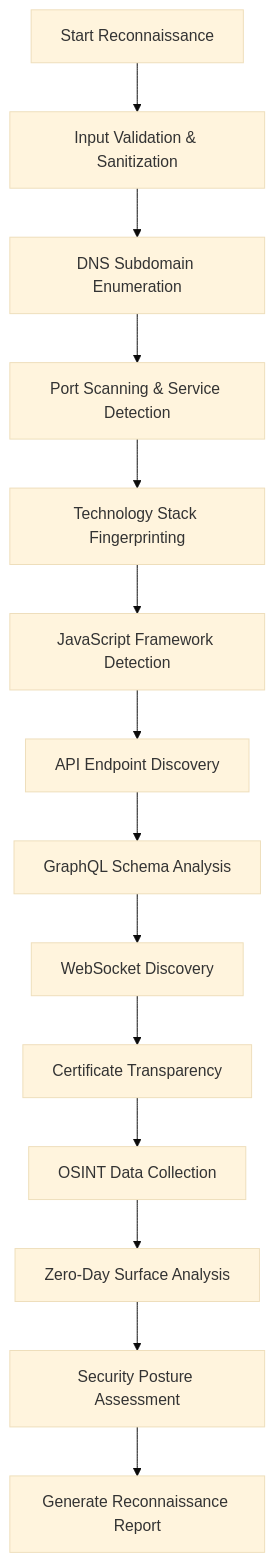
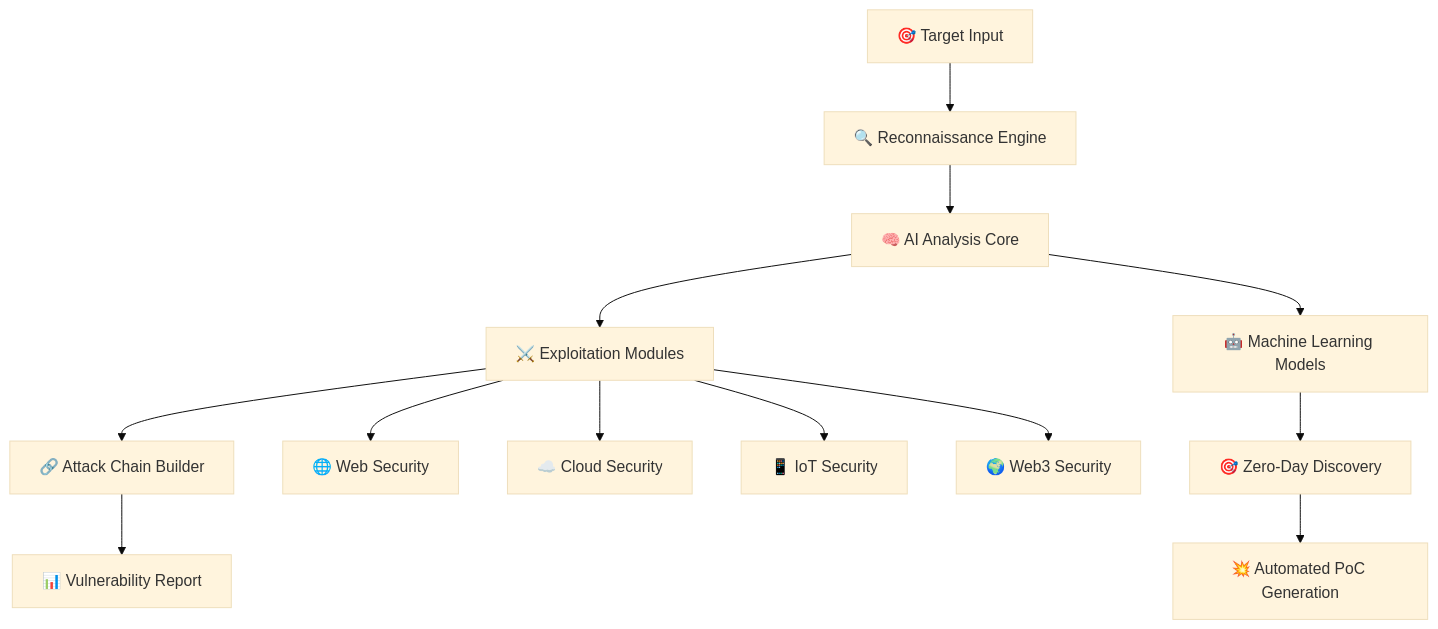
One commit to DSCYBERS/divyastra changed the diagram in README.md. Above: the diagram before and after it, drawn with Mermaid (base theme). The commit also changed other lines of this file, not shown here.

````diff
--- a/README.md
+++ b/README.md
@@ -167,16 +125,17 @@
 ```mermaid
 graph TD
-    A[Start Reconnaissance] --> B[Input Validation & Sanitization]
-    B --> C[DNS Subdomain Enumeration]
-    C --> D[Port Scanning & Service Detection]
-    D --> E[Technology Stack Fingerprinting]
-    E --> F[JavaScript Framework Detection]
-    F --> G[API Endpoint Discovery]
-    G --> H[GraphQL Schema Analysis]
-    H --> I[WebSocket Discovery]
-    I --> J[Certificate Transparency]
-    J --> K[OSINT Data Collection]
-    K --> L[Zero-Day Surface Analysis]
-    L --> M[Security Posture Assessment]
-    M --> N[Generate Reconnaissance Report]
+    A[🎯 Target Input] --> B[🔍 Reconnaissance Engine]
+    B --> C[🧠 AI Analysis Core]
+    C --> D[⚔️ Exploitation Modules]
+    D --> E[🔗 Attack Chain Builder]
+    E --> F[📊 Vulnerability Report]
+    
+    C --> G[🤖 Machine Learning Models]
+    G --> H[🎯 Zero-Day Discovery]
+    H --> I[💥 Automated PoC Generation]
+    
+    D --> J[🌐 Web Security]
+    D --> K[☁️ Cloud Security]
+    D --> L[📱 IoT Security]
+    D --> M[🌍 Web3 Security]
 ```
````
